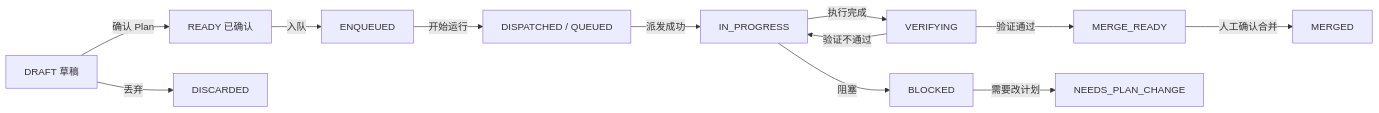
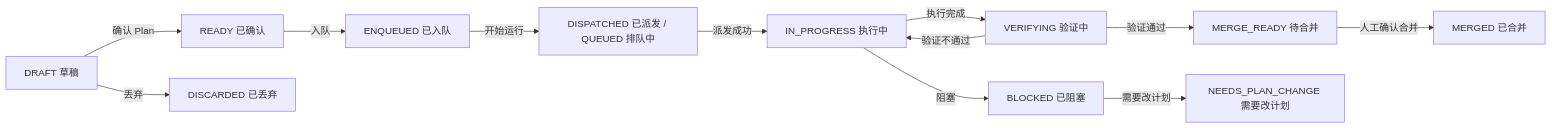
One commit to DigitalMarsh/pipeline-factory changed the third of 10 diagrams in docs/消息类型及事件状态机流程图.md. Above: the diagram before and after it, drawn with Mermaid. The commit also changed other lines of this file and 10 other files, not shown here.

````diff
--- a/docs/消息类型及事件状态机流程图.md
+++ b/docs/消息类型及事件状态机流程图.md
@@ -295,14 +295,14 @@
 ```mermaid
 flowchart LR
   D["DRAFT 草稿"] -->|"确认 Plan"| RD["READY 已确认"]
-  D -->|"丢弃"| DS["DISCARDED"]
-  RD -->|"入队"| EQ["ENQUEUED"]
-  EQ -->|"开始运行"| DP["DISPATCHED / QUEUED"]
-  DP -->|"派发成功"| IP["IN_PROGRESS"]
-  IP -->|"执行完成"| VF["VERIFYING"]
-  VF -->|"验证通过"| MR["MERGE_READY"]
+  D -->|"丢弃"| DS["DISCARDED 已丢弃"]
+  RD -->|"入队"| EQ["ENQUEUED 已入队"]
+  EQ -->|"开始运行"| DP["DISPATCHED 已派发 / QUEUED 排队中"]
+  DP -->|"派发成功"| IP["IN_PROGRESS 执行中"]
+  IP -->|"执行完成"| VF["VERIFYING 验证中"]
+  VF -->|"验证通过"| MR["MERGE_READY 待合并"]
   VF -->|"验证不通过"| IP
-  MR -->|"人工确认合并"| MG["MERGED"]
-  IP -->|"阻塞"| BL["BLOCKED"]
-  BL -->|"需要改计划"| NP["NEEDS_PLAN_CHANGE"]
+  MR -->|"人工确认合并"| MG["MERGED 已合并"]
+  IP -->|"阻塞"| BL["BLOCKED 已阻塞"]
+  BL -->|"需要改计划"| NP["NEEDS_PLAN_CHANGE 需要改计划"]
 ```
````
